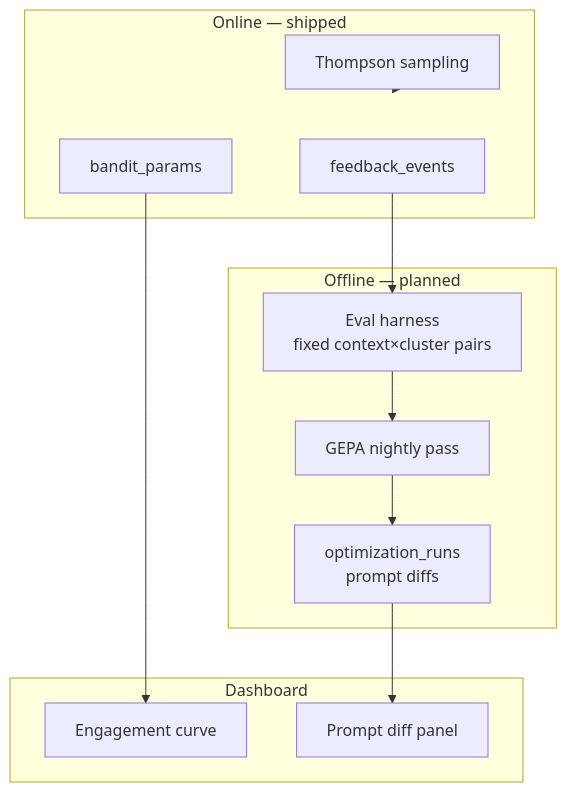
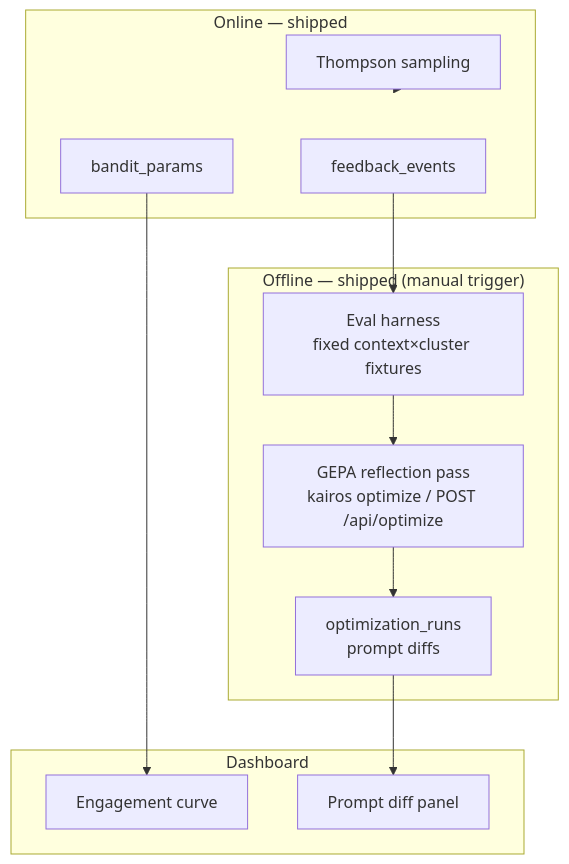
Before and after one commit to Sushmey/Kairos: diagram 18 of 19 in docs/ARCHITECTURE.md, drawn with Mermaid. The commit also changed other lines of this file and 126 other files, not shown here.

````diff
--- a/docs/ARCHITECTURE.md
+++ b/docs/ARCHITECTURE.md
@@ -644,25 +746,25 @@
 ```mermaid
 flowchart TB
     subgraph Online["Online — shipped"]
         FB["feedback_events"]
         BP["bandit_params"]
         TS["Thompson sampling"]
     end
 
-    subgraph Offline["Offline — planned"]
-        Eval["Eval harness<br/>fixed context×cluster pairs"]
-        GEPA["GEPA nightly pass"]
+    subgraph Offline["Offline — shipped (manual trigger)"]
+        Eval["Eval harness<br/>fixed context×cluster fixtures"]
+        GEPA["GEPA reflection pass<br/>kairos optimize / POST /api/optimize"]
         OR["optimization_runs<br/>prompt diffs"]
     end
 
     subgraph Dashboard
         Chart["Engagement curve"]
         Diff["Prompt diff panel"]
     end
 
     FB --> Eval
     Eval --> GEPA --> OR
     OR --> Diff
     BP --> Chart
     TS --> Online
 ```
````
